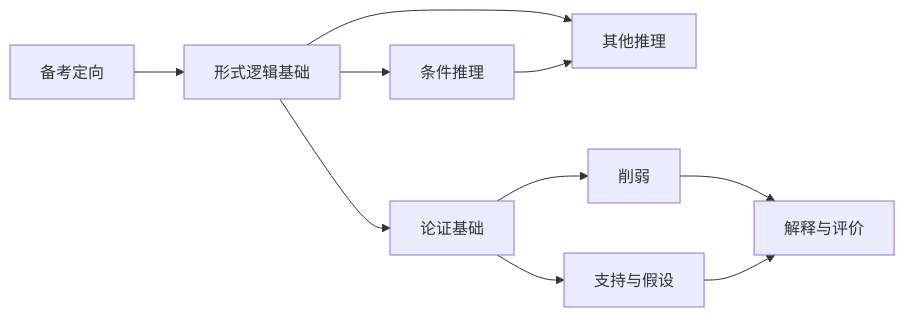
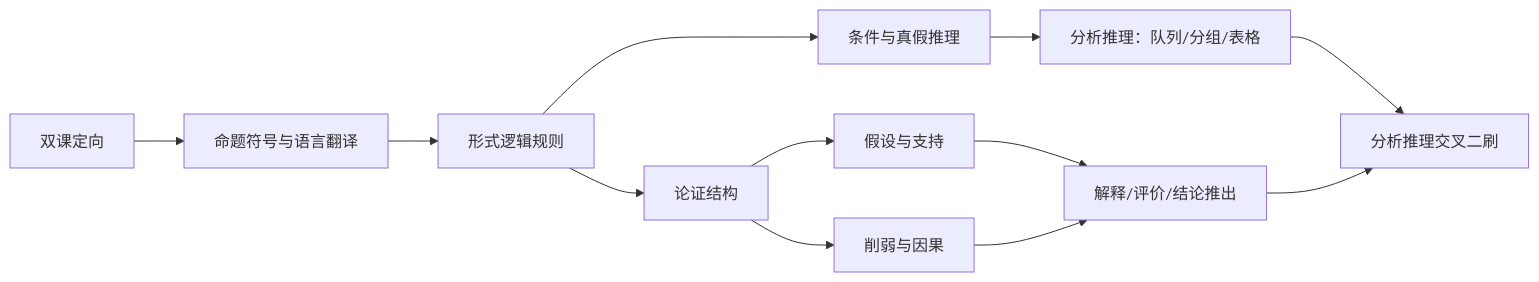
One commit to GeekyWizKid/2027-management-joint-exam-study-guide changed the second of 2 diagrams in 02-逻辑/00-学科总思维导图与学习路径.md. Above: the diagram before and after it, drawn with Mermaid. The commit also changed other lines of this file and 58 other files, not shown here.

````diff
--- a/02-逻辑/00-学科总思维导图与学习路径.md
+++ b/02-逻辑/00-学科总思维导图与学习路径.md
@@ -66,12 +147,14 @@
 ```mermaid
 flowchart LR
-  A[备考定向] --> B[形式逻辑基础]
-  B --> C[条件推理]
-  B --> D[其他推理]
-  B --> E[论证基础]
-  C --> D
-  E --> F[削弱]
-  E --> G[支持与假设]
-  F --> H[解释与评价]
-  G --> H
+  A[双课定向] --> B[命题符号与语言翻译]
+  B --> C[形式逻辑规则]
+  C --> D[条件与真假推理]
+  D --> E[分析推理：队列/分组/表格]
+  C --> F[论证结构]
+  F --> G[假设与支持]
+  F --> H[削弱与因果]
+  G --> I[解释/评价/结论推出]
+  H --> I
+  E --> J[分析推理交叉二刷]
+  I --> J
 ```
````
